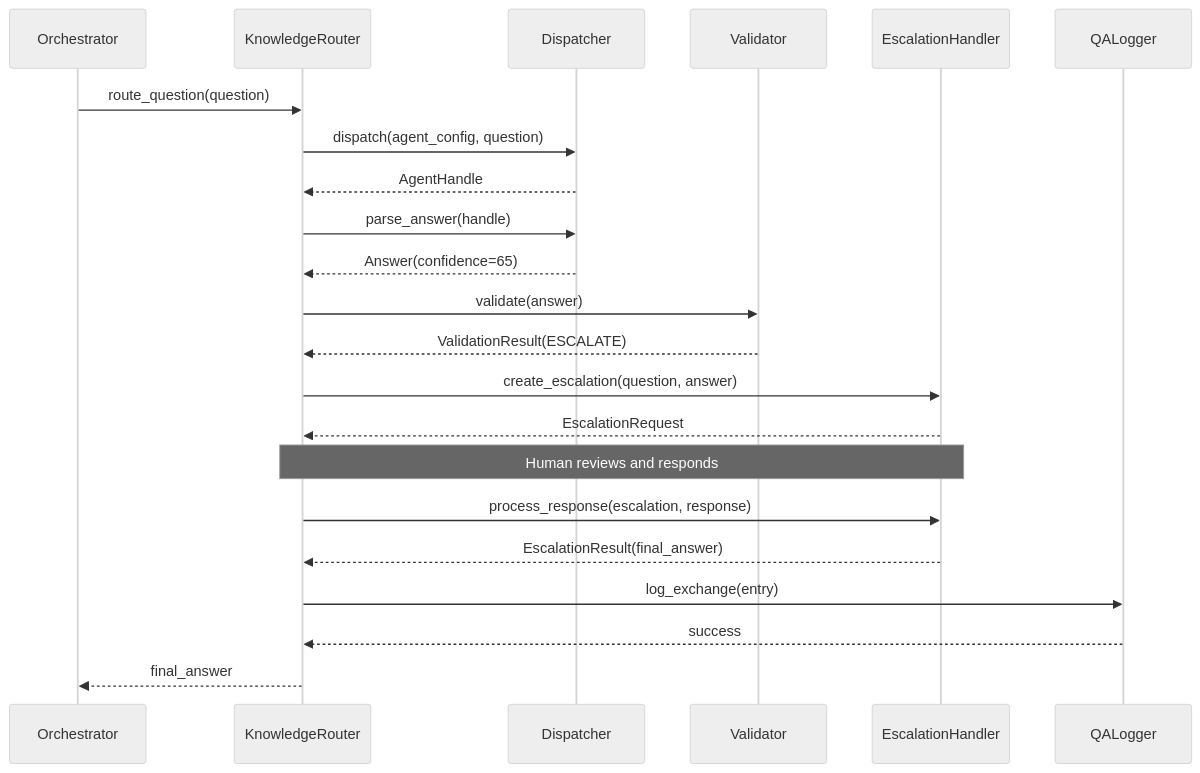
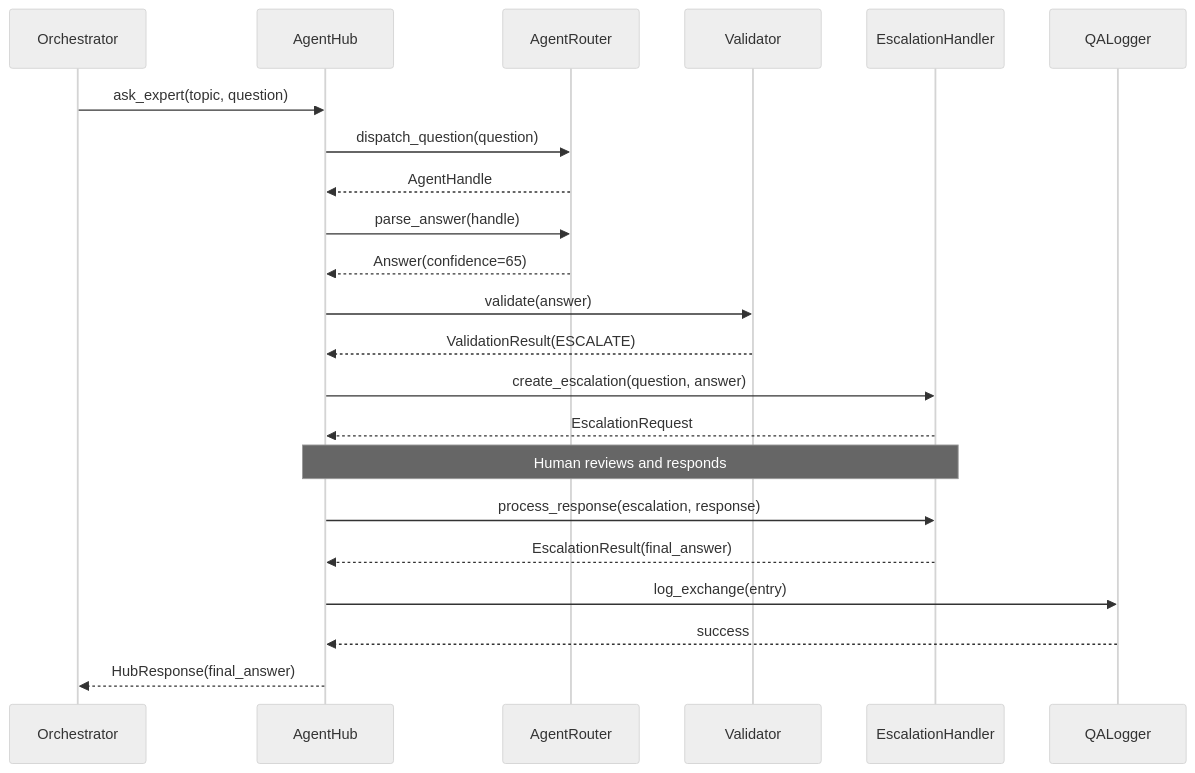
The second of 2 diagrams in docs/architecture/module-interactions.md (farmer1st/farmer-code), drawn with Mermaid (neutral theme) before and after one commit. The commit also changed other lines of this file and 195 other files, not shown here.

First line of the commit message:
feat: implement Services Architecture (Feature 008) (#8)

````diff
--- a/docs/architecture/module-interactions.md
+++ b/docs/architecture/module-interactions.md
@@ -151,32 +151,32 @@
 ```mermaid
 sequenceDiagram
     participant O as Orchestrator
-    participant KR as KnowledgeRouter
-    participant D as Dispatcher
+    participant AH as AgentHub
+    participant R as AgentRouter
     participant V as Validator
     participant E as EscalationHandler
     participant L as QALogger
 
-    O->>KR: route_question(question)
-    KR->>D: dispatch(agent_config, question)
-    D-->>KR: AgentHandle
+    O->>AH: ask_expert(topic, question)
+    AH->>R: dispatch_question(question)
+    R-->>AH: AgentHandle
 
-    KR->>D: parse_answer(handle)
-    D-->>KR: Answer(confidence=65)
+    AH->>R: parse_answer(handle)
+    R-->>AH: Answer(confidence=65)
 
-    KR->>V: validate(answer)
-    V-->>KR: ValidationResult(ESCALATE)
+    AH->>V: validate(answer)
+    V-->>AH: ValidationResult(ESCALATE)
 
-    KR->>E: create_escalation(question, answer)
-    E-->>KR: EscalationRequest
+    AH->>E: create_escalation(question, answer)
+    E-->>AH: EscalationRequest
 
-    Note over KR,E: Human reviews and responds
+    Note over AH,E: Human reviews and responds
 
-    KR->>E: process_response(escalation, response)
-    E-->>KR: EscalationResult(final_answer)
+    AH->>E: process_response(escalation, response)
+    E-->>AH: EscalationResult(final_answer)
 
-    KR->>L: log_exchange(entry)
-    L-->>KR: success
+    AH->>L: log_exchange(entry)
+    L-->>AH: success
 
-    KR-->>O: final_answer
+    AH-->>O: HubResponse(final_answer)
 ```
````
